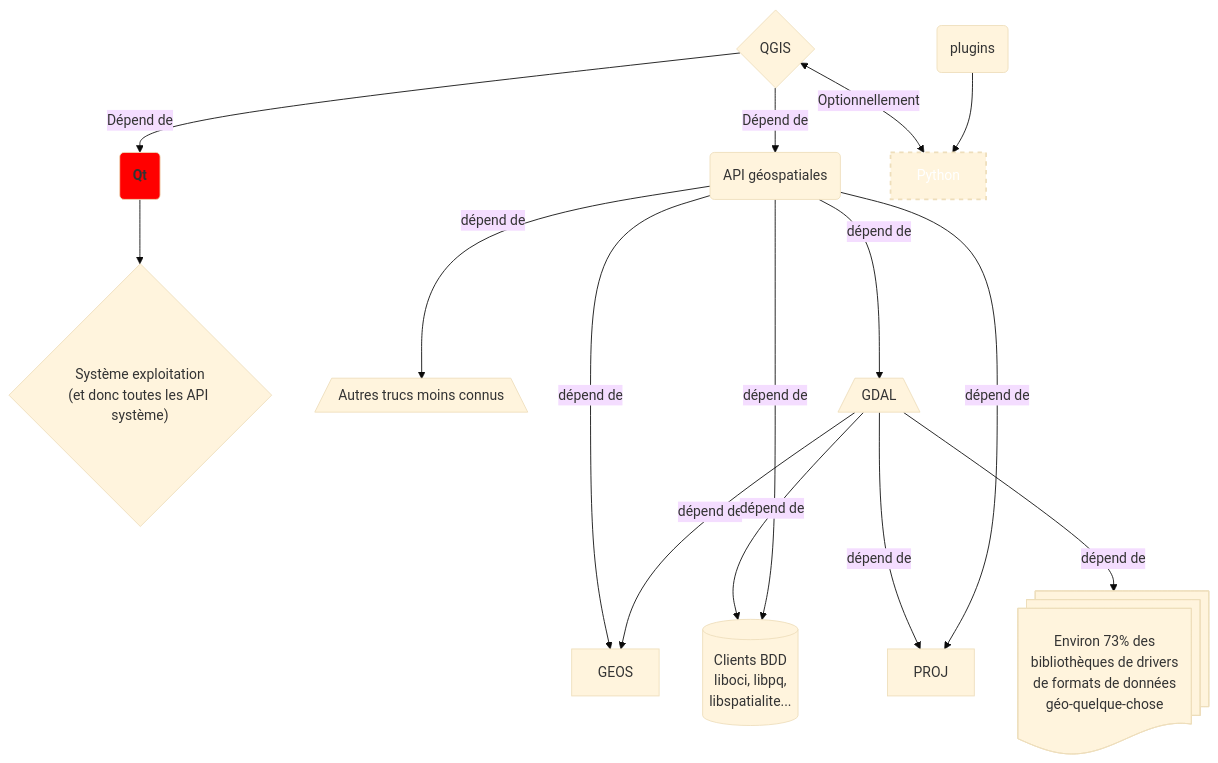
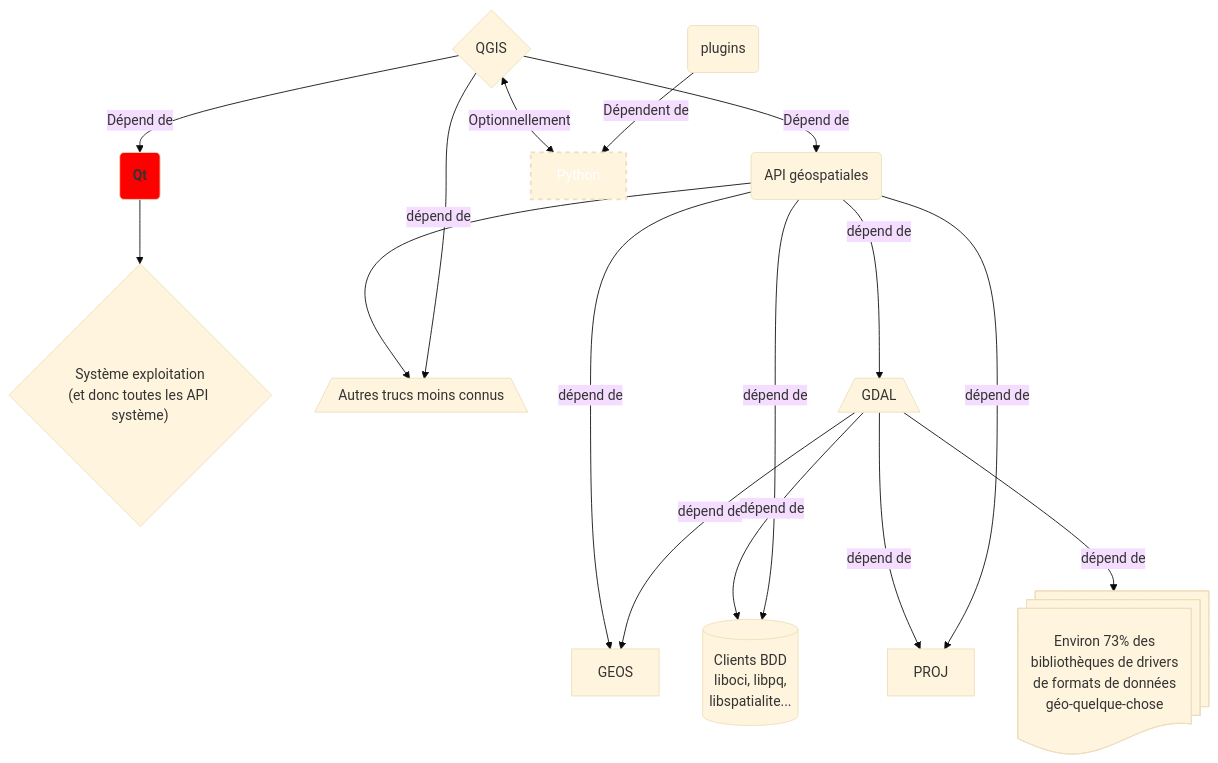
One commit to geotribu/website changed the diagram in content/articles/2024/2024-10-29_tester-qgis-4-futur-sig-open-source.md. Above: the diagram before and after it, drawn with Mermaid (base theme). The commit also changed other lines of this file, not shown here.

````diff
--- a/content/articles/2024/2024-10-29_tester-qgis-4-futur-sig-open-source.md
+++ b/content/articles/2024/2024-10-29_tester-qgis-4-futur-sig-open-source.md
@@ -34,20 +34,21 @@
 ```mermaid
 flowchart TD
     Q{QGIS} -->|Dépend de| B(Qt)
     Q -->|Dépend de| C(API géospatiales)
     Q <-->|Optionnellement| P[Python]
-    M(plugins) --> P:::pointilles
+    M(plugins) -->|Dépendent de| P:::pointilles
     B:::blocimportant --> S{"Système exploitation<br/>(et donc toutes les API système)"}
     C -->|dépend de| E[GEOS]
     C -->|dépend de| T[/Autres trucs moins connus\]
+    Q --> T
     C -->|dépend de| D[/GDAL\]
     D -->|dépend de| E
     D -->|dépend de| G
     D -->|dépend de| F
     D -->|dépend de| Z@{ shape: docs, label: "Environ 73% des <br/>bibliothèques de drivers <br/>de formats de données <br/>géo-quelque-chose"}
     C -->|dépend de| F[PROJ]
     C --->|dépend de| G@{ shape: cyl, label: "Clients BDD<br/>liboci, libpq, <br/>libspatialite..." }
 
     classDef blocimportant fill:#ff0000,font-weight:bold
     classDef pointilles fill:stroke:#f66,stroke-width:2px,color:#fff,stroke-dasharray: 5 5
 ```
````
